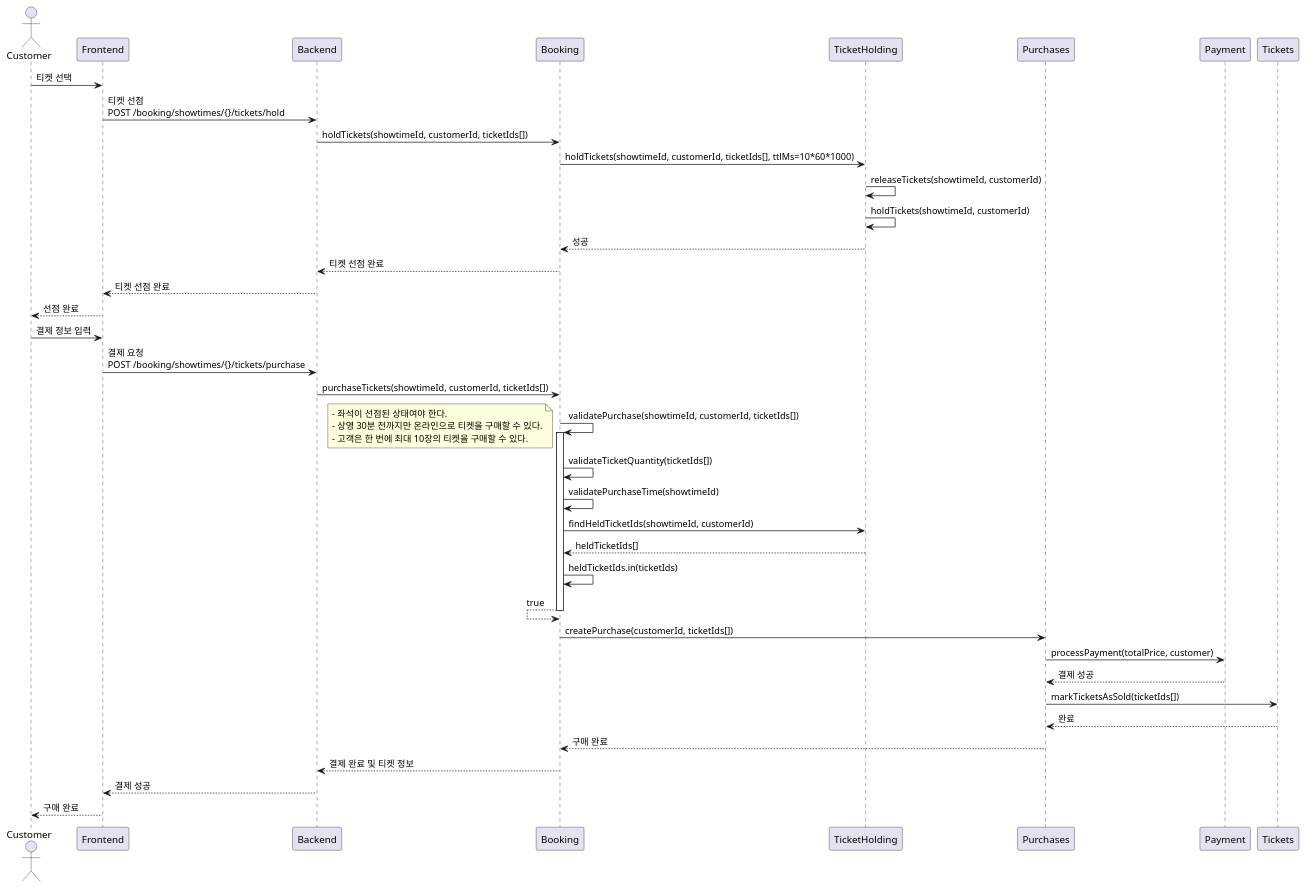
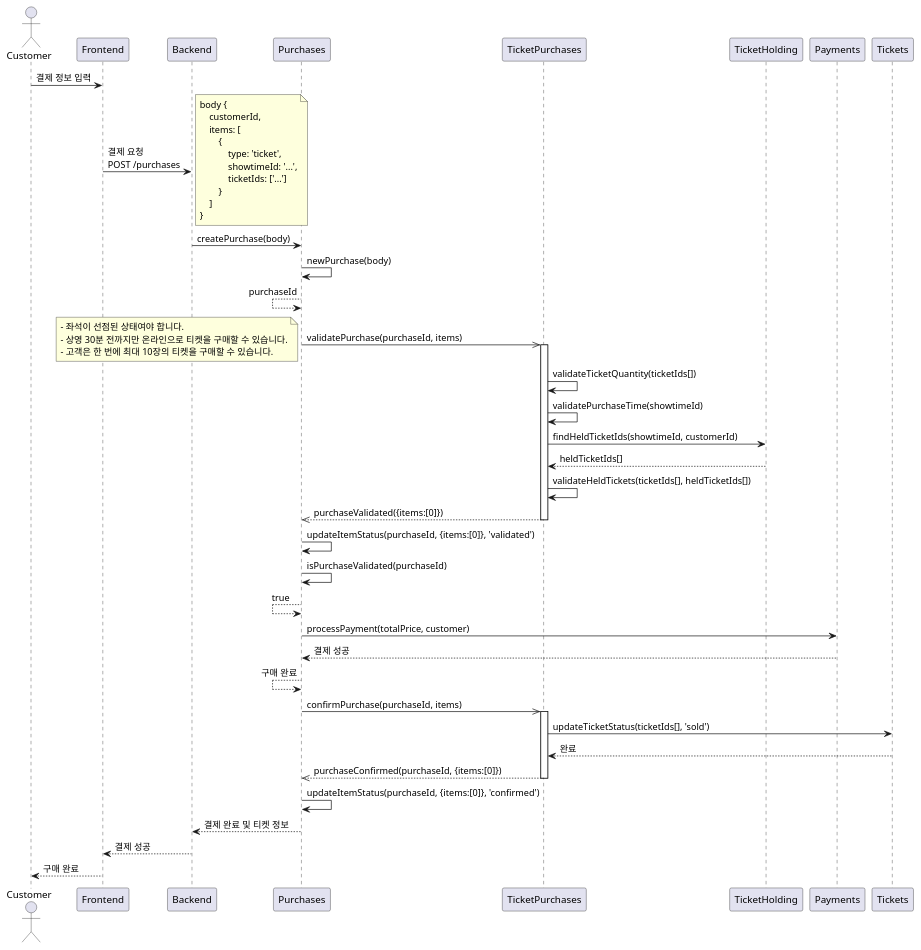
The third of 3 diagrams in docs/tickets-purchase.md (mannercode/nest-seed), drawn with PlantUML before and after one commit. The commit also changed 15 other files, not shown here.

````diff
--- a/docs/tickets-purchase.md
+++ b/docs/tickets-purchase.md
@@ -161,43 +173,53 @@
 ```plantuml
 @startuml
 actor Customer
 
-Customer -> Frontend: 티켓 선택
-    Frontend -> Backend: 티켓 선점\nPOST /booking/showtimes/{}/tickets/hold
-        Backend -> Booking: holdTickets(showtimeId, customerId, ticketIds[])
-            Booking -> TicketHolding: holdTickets(showtimeId, customerId, ticketIds[], ttlMs=10*60*1000)
-                TicketHolding -> TicketHolding: releaseTickets(showtimeId, customerId)
-                TicketHolding -> TicketHolding: holdTickets(showtimeId, customerId)
-            Booking <-- TicketHolding: 성공
-        Backend <-- Booking: 티켓 선점 완료
-    Frontend <-- Backend: 티켓 선점 완료
-Customer <-- Frontend: 선점 완료
-
 Customer -> Frontend: 결제 정보 입력
-    Frontend -> Backend: 결제 요청\nPOST /booking/showtimes/{}/tickets/purchase
-        Backend -> Booking: purchaseTickets(showtimeId, customerId, ticketIds[])
-            Booking -> Booking: validatePurchase(showtimeId, customerId, ticketIds[])
-            activate Booking
+    Frontend -> Backend: 결제 요청\nPOST /purchases
+    note right
+    body {
+        customerId,
+        items: [
+            {
+                type: 'ticket',
+                showtimeId: '...',
+                ticketIds: ['...']
+            }
+        ]
+    }
+    end note
+        Backend -> Purchases: createPurchase(body)
+            Purchases -> Purchases: newPurchase(body)
+            Purchases <-- Purchases: purchaseId
+            Purchases ->> TicketPurchases: validatePurchase(purchaseId, items)
+            activate TicketPurchases
             note left
-                - 좌석이 선점된 상태여야 한다.
-                - 상영 30분 전까지만 온라인으로 티켓을 구매할 수 있다.
-                - 고객은 한 번에 최대 10장의 티켓을 구매할 수 있다.
+                - 좌석이 선점된 상태여야 합니다.
+                - 상영 30분 전까지만 온라인으로 티켓을 구매할 수 있습니다.
+                - 고객은 한 번에 최대 10장의 티켓을 구매할 수 있습니다.
             end note
-            Booking -> Booking: validateTicketQuantity(ticketIds[])
-            Booking -> Booking: validatePurchaseTime(showtimeId)
-            Booking -> TicketHolding: findHeldTicketIds(showtimeId, customerId)
-            Booking <-- TicketHolding: heldTicketIds[]
-            Booking -> Booking: heldTicketIds.in(ticketIds)
-            Booking <-- Booking: true
-            deactivate Booking
-            Booking -> Purchases: createPurchase(customerId, ticketIds[])
-                Purchases -> Payment: processPayment(totalPrice, customer)
-                Purchases <-- Payment: 결제 성공
-                Purchases -> Tickets: markTicketsAsSold(ticketIds[])
-                Purchases <-- Tickets: 완료
-            Booking <-- Purchases: 구매 완료
-        Backend <-- Booking: 결제 완료 및 티켓 정보
+            TicketPurchases -> TicketPurchases: validateTicketQuantity(ticketIds[])
+            TicketPurchases -> TicketPurchases: validatePurchaseTime(showtimeId)
+            TicketPurchases -> TicketHolding: findHeldTicketIds(showtimeId, customerId)
+            TicketPurchases <-- TicketHolding: heldTicketIds[]
+            TicketPurchases -> TicketPurchases: validateHeldTickets(ticketIds[], heldTicketIds[])
+            Purchases <<-- TicketPurchases: purchaseValidated({items:[0]})
+            deactivate TicketPurchases
+            Purchases -> Purchases: updateItemStatus(purchaseId, {items:[0]}, 'validated')
+            Purchases -> Purchases: isPurchaseValidated(purchaseId)
+            Purchases <-- Purchases: true
+            Purchases -> Payments: processPayment(totalPrice, customer)
+            Purchases <-- Payments: 결제 성공
+            Purchases <-- Purchases: 구매 완료
+            Purchases ->> TicketPurchases: confirmPurchase(purchaseId, items)
+            activate TicketPurchases
+            TicketPurchases -> Tickets: updateTicketStatus(ticketIds[], 'sold')
+            TicketPurchases <-- Tickets: 완료
+            Purchases <<-- TicketPurchases: purchaseConfirmed(purchaseId, {items:[0]})
+            deactivate TicketPurchases
+            Purchases -> Purchases: updateItemStatus(purchaseId, {items:[0]}, 'confirmed')
+        Backend <-- Purchases: 결제 완료 및 티켓 정보
     Frontend <-- Backend: 결제 성공
 Customer <-- Frontend: 구매 완료
 @enduml
 ```
````
